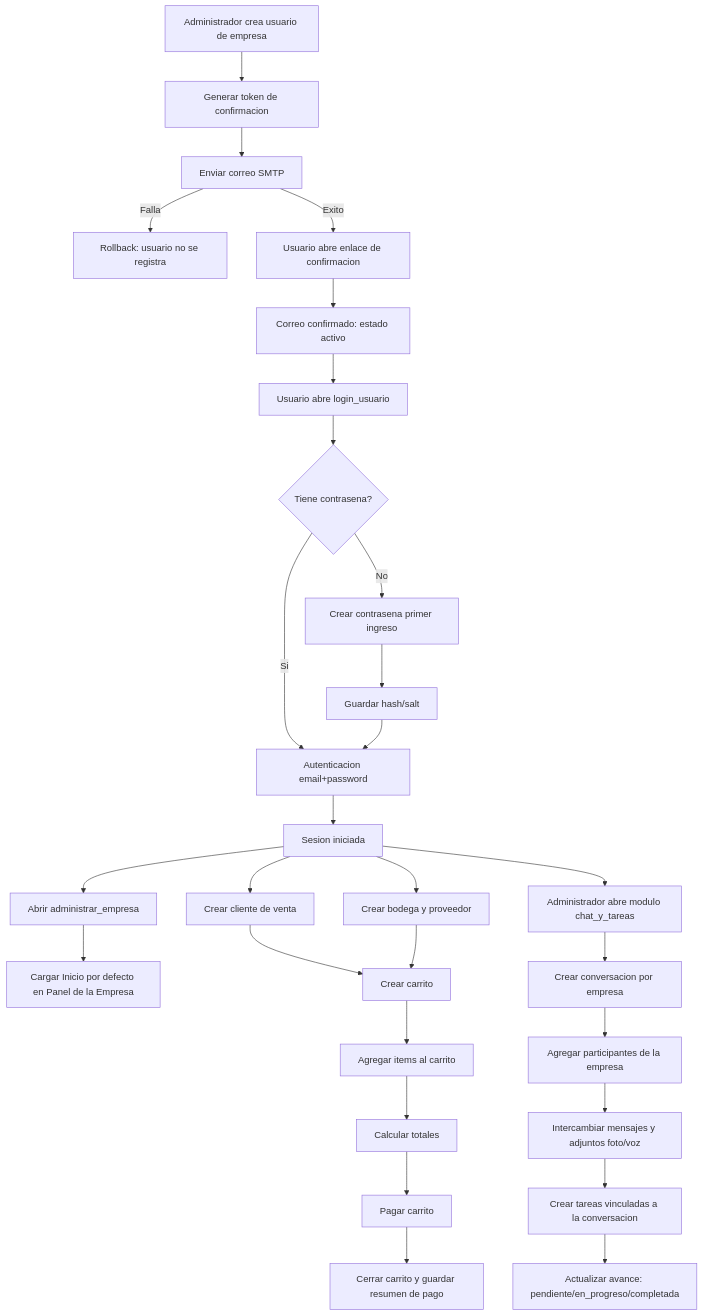
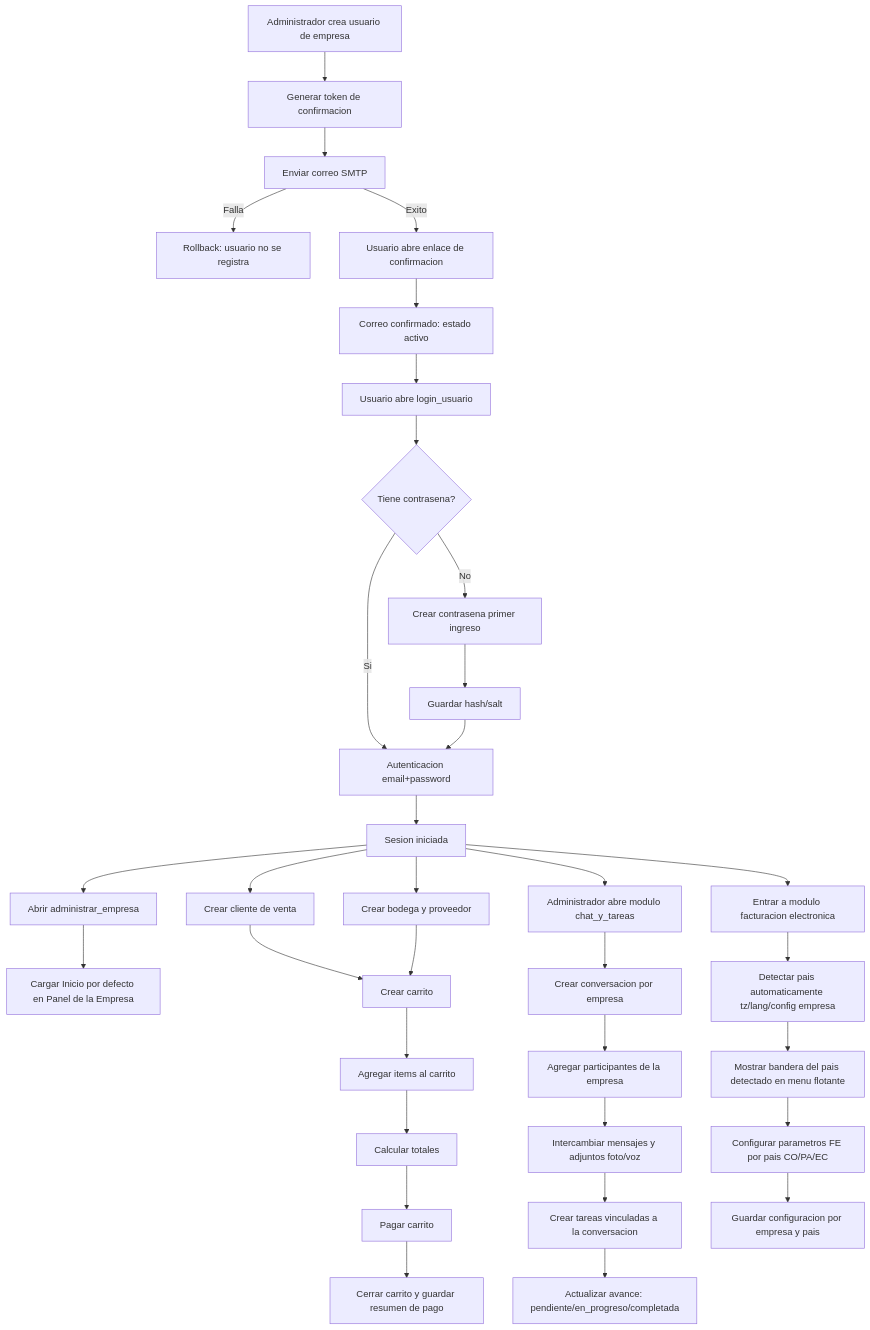
One commit to powerfulcontrolsystem1/powerfulcontrolsystem changed the diagram in documentos/diagramas/diagrama_flujo_procesos.md. Above: the diagram before and after it, drawn with Mermaid. The commit also changed other lines of this file and 26 other files, not shown here.

````diff
--- a/documentos/diagramas/diagrama_flujo_procesos.md
+++ b/documentos/diagramas/diagrama_flujo_procesos.md
@@ -5,34 +5,40 @@
 ```mermaid
 flowchart TD
     A[Administrador crea usuario de empresa] --> B[Generar token de confirmacion]
     B --> C[Enviar correo SMTP]
     C -->|Falla| D[Rollback: usuario no se registra]
     C -->|Exito| E[Usuario abre enlace de confirmacion]
     E --> F[Correo confirmado: estado activo]
     F --> G[Usuario abre login_usuario]
     G --> H{Tiene contrasena?}
     H -->|No| I[Crear contrasena primer ingreso]
     I --> J[Guardar hash/salt]
     H -->|Si| K[Autenticacion email+password]
     J --> K
     K --> L[Sesion iniciada]
 
     L --> L0[Abrir administrar_empresa]
     L0 --> L1[Cargar Inicio por defecto en Panel de la Empresa]
 
     L --> M[Crear cliente de venta]
     L --> N[Crear bodega y proveedor]
     M --> O[Crear carrito]
     N --> O
     O --> P[Agregar items al carrito]
     P --> Q[Calcular totales]
     Q --> R[Pagar carrito]
     R --> S[Cerrar carrito y guardar resumen de pago]
 
     L --> T[Administrador abre modulo chat_y_tareas]
     T --> U[Crear conversacion por empresa]
     U --> V[Agregar participantes de la empresa]
     V --> W[Intercambiar mensajes y adjuntos foto/voz]
     W --> X[Crear tareas vinculadas a la conversacion]
     X --> Y[Actualizar avance: pendiente/en_progreso/completada]
+
+    L --> Z[Entrar a modulo facturacion electronica]
+    Z --> Z1[Detectar pais automaticamente tz/lang/config empresa]
+    Z1 --> Z2[Mostrar bandera del pais detectado en menu flotante]
+    Z2 --> Z3[Configurar parametros FE por pais CO/PA/EC]
+    Z3 --> Z4[Guardar configuracion por empresa y pais]
 ```
````
